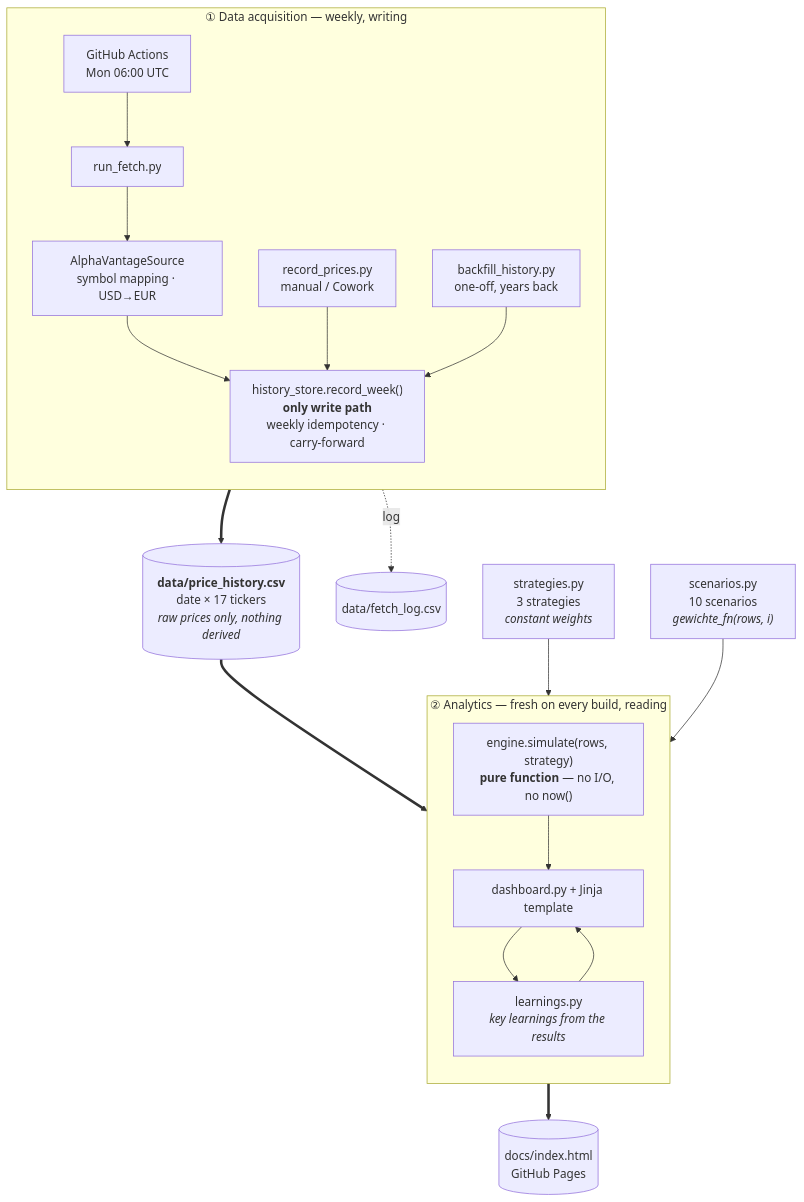
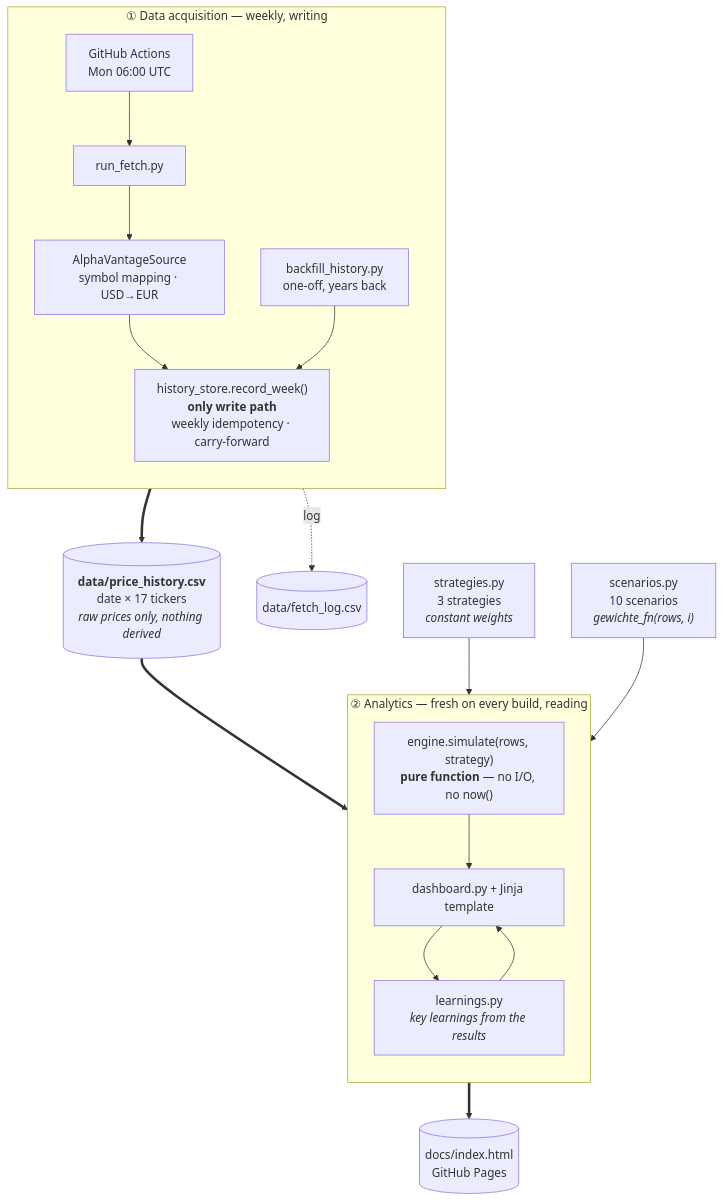
One commit to S540d/Boersenspiel changed the diagram in README.md. Above: the diagram before and after it, drawn with Mermaid. The commit also changed other lines of this file and 7 other files, not shown here.

````diff
--- a/README.md
+++ b/README.md
@@ -47,28 +47,27 @@
 ```mermaid
 flowchart TB
     subgraph beschaffung["① Data acquisition — weekly, writing"]
         direction TB
         cron["GitHub Actions<br/>Mon 06:00 UTC"] --> fetch["run_fetch.py"]
         fetch --> av["AlphaVantageSource<br/>symbol mapping · USD→EUR"]
         av --> store
-        manual["record_prices.py<br/>manual / Cowork"] --> store
         back["backfill_history.py<br/>one-off, years back"] --> store
         store["history_store.record_week()<br/><b>only write path</b><br/>weekly idempotency · carry-forward"]
     end
 
     store ==> csv[("<b>data/price_history.csv</b><br/>date × 17 tickers<br/><i>raw prices only, nothing derived</i>")]
     store -.log.-> log[("data/fetch_log.csv")]
 
     subgraph auswertung["② Analytics — fresh on every build, reading"]
         direction TB
         sim["engine.simulate(rows, strategy)<br/><b>pure function</b> — no I/O, no now()"]
         sim --> dash["dashboard.py + Jinja template"]
         dash --> learn["learnings.py<br/><i>key learnings from the results</i>"]
         learn --> dash
     end
 
     csv ==> sim
     strat["strategies.py<br/>3 strategies<br/><i>constant weights</i>"] --> sim
     scen["scenarios.py<br/>10 scenarios<br/><i>gewichte_fn(rows, i)</i>"] --> sim
     dash ==> html[("docs/index.html<br/>GitHub Pages")]
 ```
````
